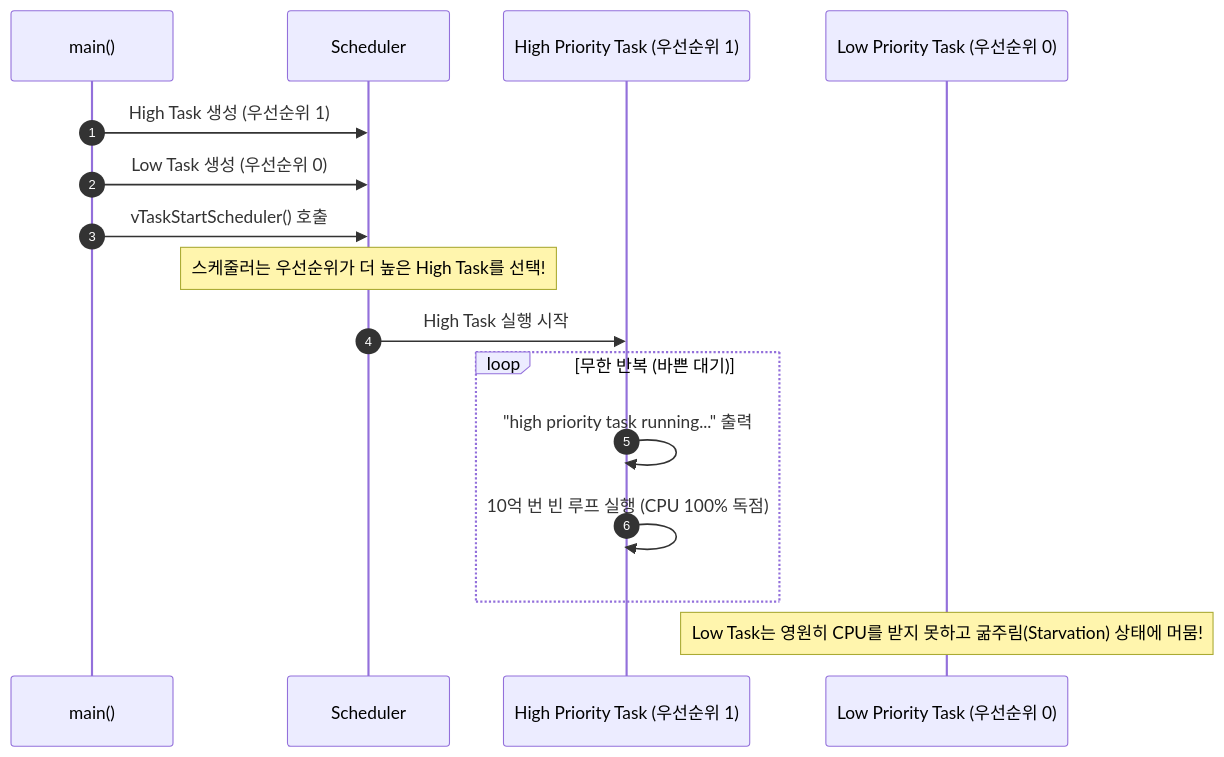
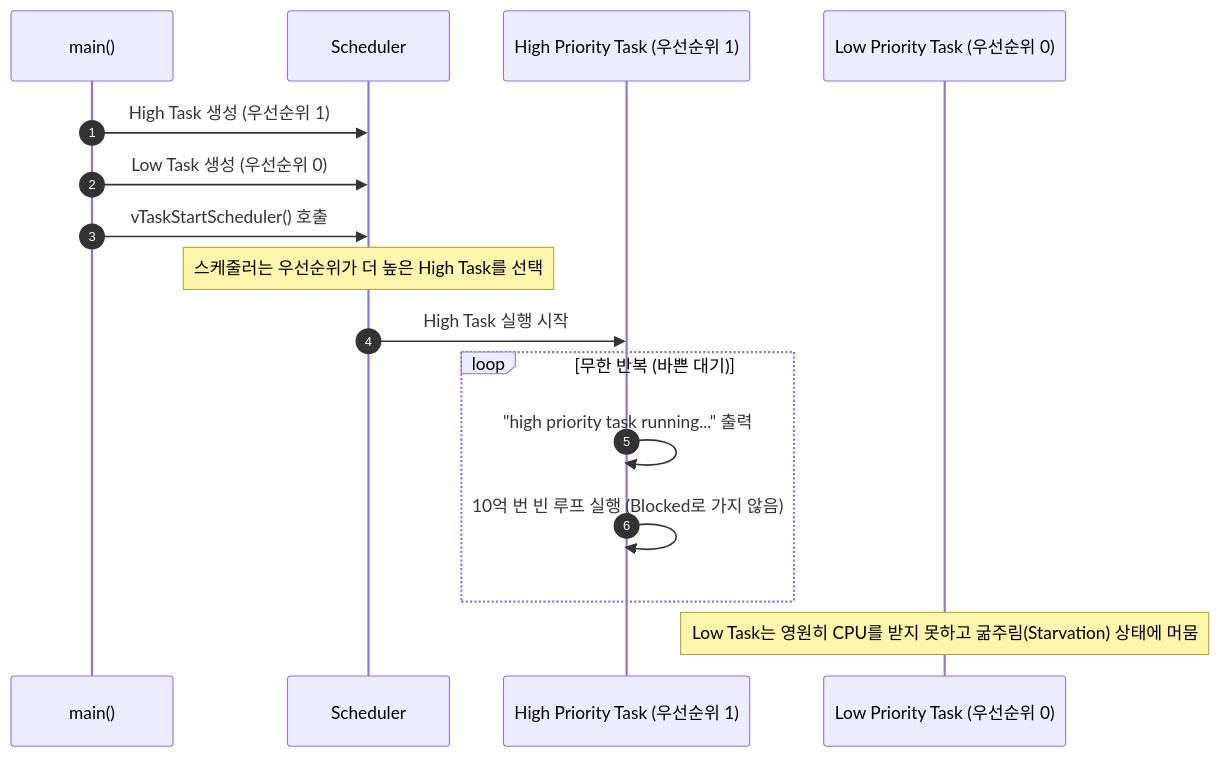
One commit to yunju-baek/FreeRTOS-Tutorials-ko changed the second of 2 diagrams in ko/guides/tutorial_4.md. Above: the diagram before and after it, drawn with Mermaid. The commit also changed other lines of this file and 37 other files, not shown here.

````diff
--- a/ko/guides/tutorial_4.md
+++ b/ko/guides/tutorial_4.md
@@ -67,19 +69,19 @@
 ```mermaid
 sequenceDiagram
     autonumber
     participant Main as main()
     participant Kernel as Scheduler
     participant High as High Priority Task (우선순위 1)
     participant Low as Low Priority Task (우선순위 0)
 
     Main->>Kernel: High Task 생성 (우선순위 1)
     Main->>Kernel: Low Task 생성 (우선순위 0)
     Main->>Kernel: vTaskStartScheduler() 호출
-    Note over Kernel: 스케줄러는 우선순위가 더 높은 High Task를 선택!
+    Note over Kernel: 스케줄러는 우선순위가 더 높은 High Task를 선택
     Kernel->>High: High Task 실행 시작
     loop 무한 반복 (바쁜 대기)
         High->>High: "high priority task running..." 출력
-        High->>High: 10억 번 빈 루프 실행 (CPU 100% 독점)
+        High->>High: 10억 번 빈 루프 실행 (Blocked로 가지 않음)
     end
-    Note over Low: Low Task는 영원히 CPU를 받지 못하고 굶주림(Starvation) 상태에 머뭄!
+    Note over Low: Low Task는 영원히 CPU를 받지 못하고 굶주림(Starvation) 상태에 머뭄
 ```
````
